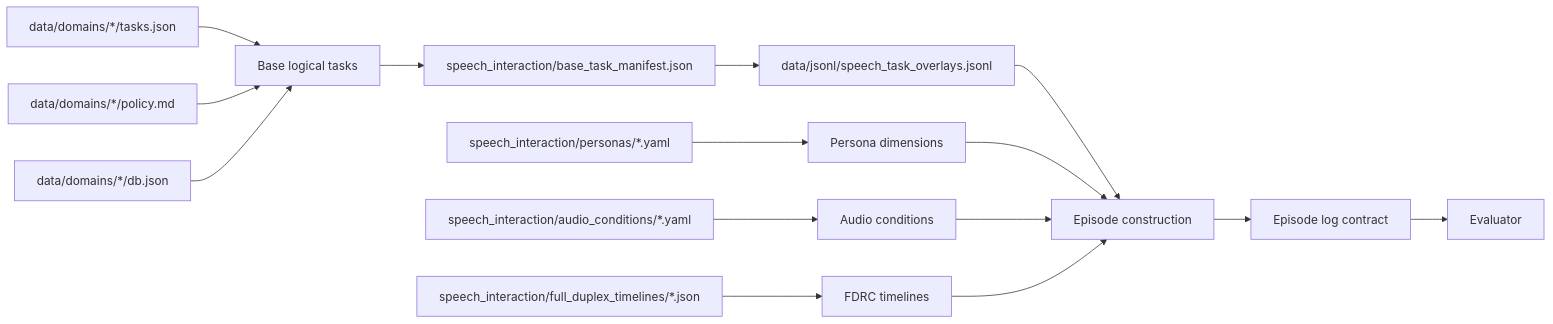
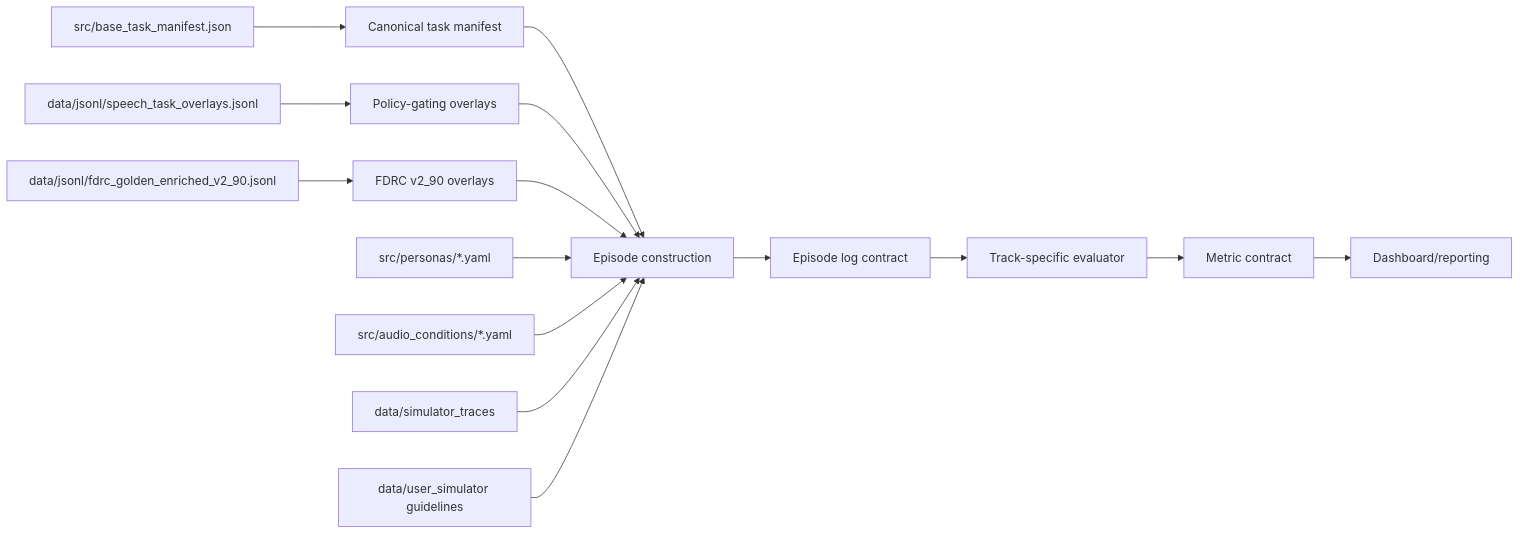
The second of 7 diagrams in docs/FLOW.md (VInteractiveBench/voice-bench), drawn with Mermaid before and after one commit. The commit also changed other lines of this file, not shown here.

Commit message:
Update benchmark flow documentation

````diff
--- a/docs/FLOW.md
+++ b/docs/FLOW.md
@@ -69,21 +71,20 @@
 ```mermaid
 flowchart LR
-    A[data/domains/*/tasks.json] --> D[Base logical tasks]
-    B[data/domains/*/policy.md] --> D
-    C[data/domains/*/db.json] --> D
+    A[src/base_task_manifest.json] --> D[Canonical task manifest]
+    B[data/jsonl/speech_task_overlays.jsonl] --> E[Policy-gating overlays]
+    C[data/jsonl/fdrc_golden_enriched_v2_90.jsonl] --> F[FDRC v2_90 overlays]
 
-    D --> E[speech_interaction/base_task_manifest.json]
-    E --> F[data/jsonl/speech_task_overlays.jsonl]
+    D --> G[Episode construction]
+    E --> G
+    F --> G
 
-    G[speech_interaction/personas/*.yaml] --> H[Persona dimensions]
-    I[speech_interaction/audio_conditions/*.yaml] --> J[Audio conditions]
-    K[speech_interaction/full_duplex_timelines/*.json] --> L[FDRC timelines]
+    H[src/personas/*.yaml] --> G
+    I[src/audio_conditions/*.yaml] --> G
+    J[data/simulator_traces] --> G
+    K[data/user_simulator guidelines] --> G
 
-    F --> M[Episode construction]
-    H --> M
-    J --> M
-    L --> M
-
-    M --> N[Episode log contract]
-    N --> O[Evaluator]
+    G --> L[Episode log contract]
+    L --> M[Track-specific evaluator]
+    M --> N[Metric contract]
+    N --> O[Dashboard/reporting]
 ```
````
